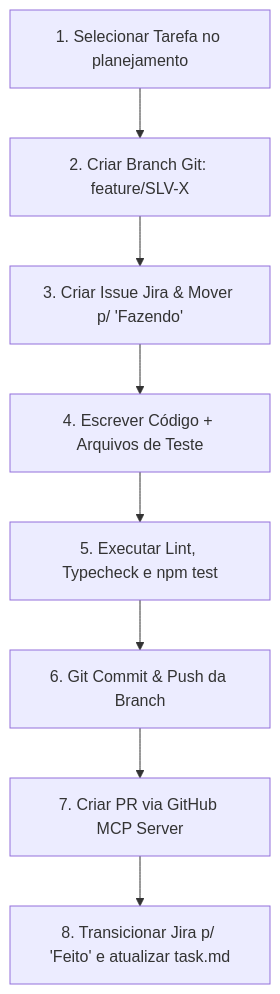
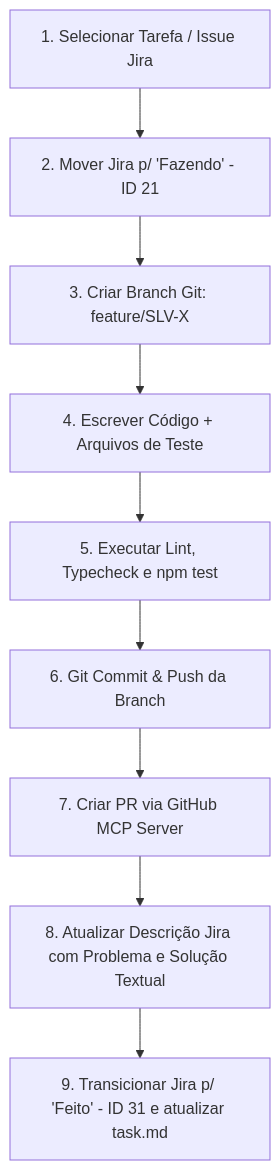
Before and after one commit to Digital-Analytics-Apps/sci-latex-vscode-ai: the diagram in docs/planning/WORKFLOW_SKILL.md, drawn with Mermaid. The commit also changed other lines of this file and 7 other files, not shown here.

Commit message:
feat(git): SLV-12 refactor GitHub API integration to Octokit and secure Git CLI auth with http.extraHeader

````diff
--- a/docs/planning/WORKFLOW_SKILL.md
+++ b/docs/planning/WORKFLOW_SKILL.md
@@ -18,10 +19,11 @@
 ```mermaid
 graph TD
-    A[1. Selecionar Tarefa no planejamento] --> B[2. Criar Branch Git: feature/SLV-X]
-    B --> C[3. Criar Issue Jira & Mover p/ 'Fazendo']
+    A[1. Selecionar Tarefa / Issue Jira] --> B[2. Mover Jira p/ 'Fazendo' - ID 21]
+    B --> C[3. Criar Branch Git: feature/SLV-X]
     C --> D[4. Escrever Código + Arquivos de Teste]
     D --> E[5. Executar Lint, Typecheck e npm test]
     E --> F[6. Git Commit & Push da Branch]
     F --> G[7. Criar PR via GitHub MCP Server]
-    G --> H[8. Transicionar Jira p/ 'Feito' e atualizar task.md]
+    G --> H[8. Atualizar Descrição Jira com Problema e Solução Textual]
+    H --> I[9. Transicionar Jira p/ 'Feito' - ID 31 e atualizar task.md]
 ```
````
